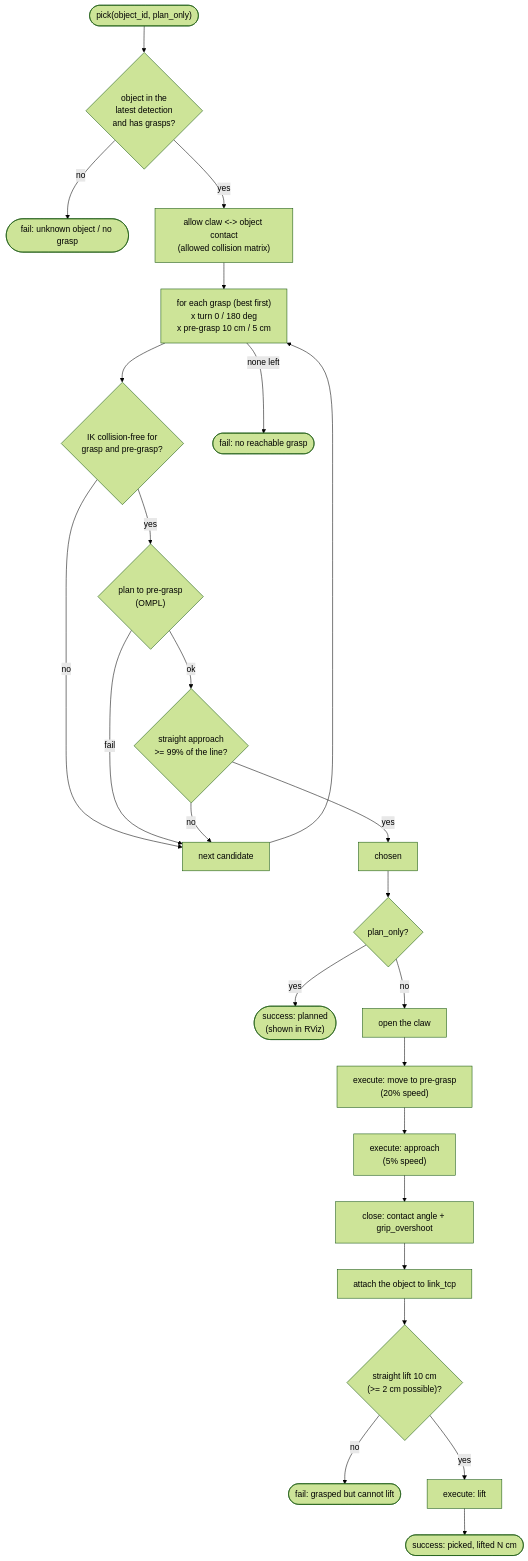
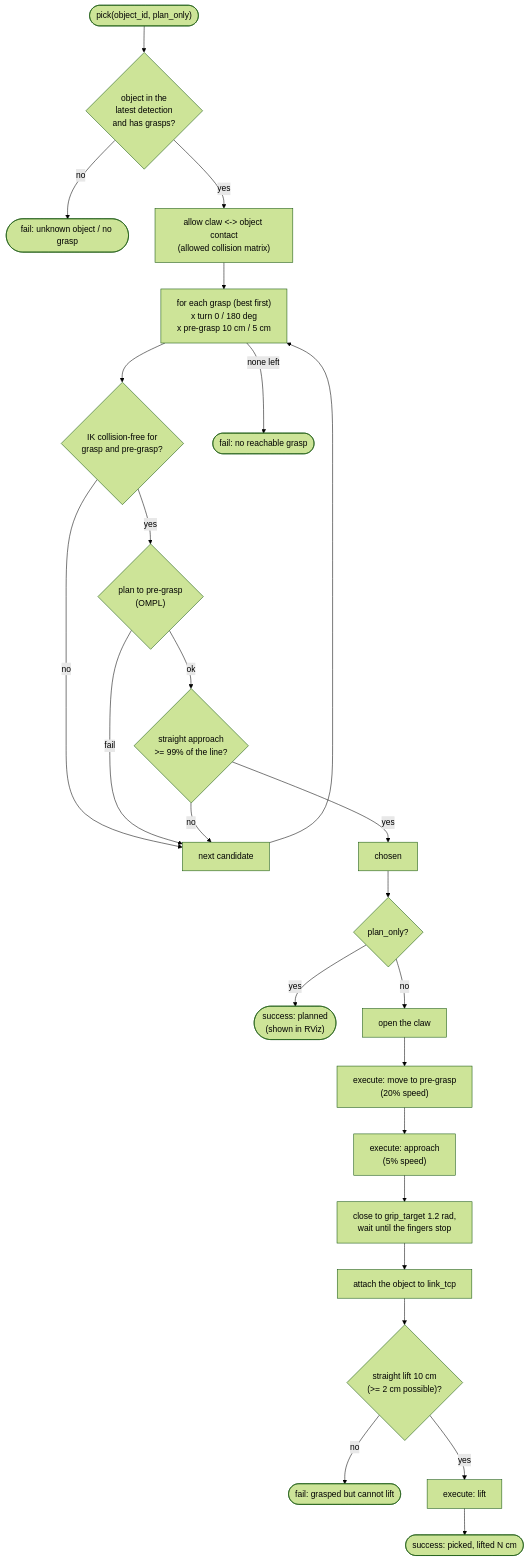
Before and after one commit to whoobee/qb_arm_install: the diagram in docs/pages/06-pick-execution.md, drawn with Mermaid (forest theme). The commit also changed other lines of this file and 13 other files, not shown here.

````diff
--- a/docs/pages/06-pick-execution.md
+++ b/docs/pages/06-pick-execution.md
@@ -22,27 +22,27 @@
 ```mermaid
 flowchart TB
     S(["pick(object_id, plan_only)"]) --> O{"object in the<br/>latest detection<br/>and has grasps?"}
     O -- no --> F1(["fail: unknown object / no grasp"])
     O -- yes --> ACM["allow claw <-> object contact<br/>(allowed collision matrix)"]
     ACM --> LOOP["for each grasp (best first)<br/>x turn 0 / 180 deg<br/>x pre-grasp 10 cm / 5 cm"]
     LOOP --> IK{"IK collision-free for<br/>grasp and pre-grasp?"}
     IK -- no --> NEXT["next candidate"]
     IK -- yes --> PL{"plan to pre-grasp<br/>(OMPL)"}
     PL -- fail --> NEXT
     PL -- ok --> CA{"straight approach<br/>>= 99% of the line?"}
     CA -- no --> NEXT
     CA -- yes --> CH["chosen"]
     NEXT --> LOOP
     LOOP -- "none left" --> F2(["fail: no reachable grasp"])
     CH --> PO{"plan_only?"}
     PO -- yes --> R1(["success: planned<br/>(shown in RViz)"])
     PO -- no --> OPEN["open the claw"]
     OPEN --> M1["execute: move to pre-grasp<br/>(20% speed)"]
     M1 --> M2["execute: approach<br/>(5% speed)"]
-    M2 --> CL["close: contact angle + grip_overshoot"]
+    M2 --> CL["close to grip_target 1.2 rad,<br/>wait until the fingers stop"]
     CL --> AT["attach the object to link_tcp"]
     AT --> LI{"straight lift 10 cm<br/>(>= 2 cm possible)?"}
     LI -- no --> F3(["fail: grasped but cannot lift"])
     LI -- yes --> M3["execute: lift"]
     M3 --> R2(["success: picked, lifted N cm"])
 ```
````
